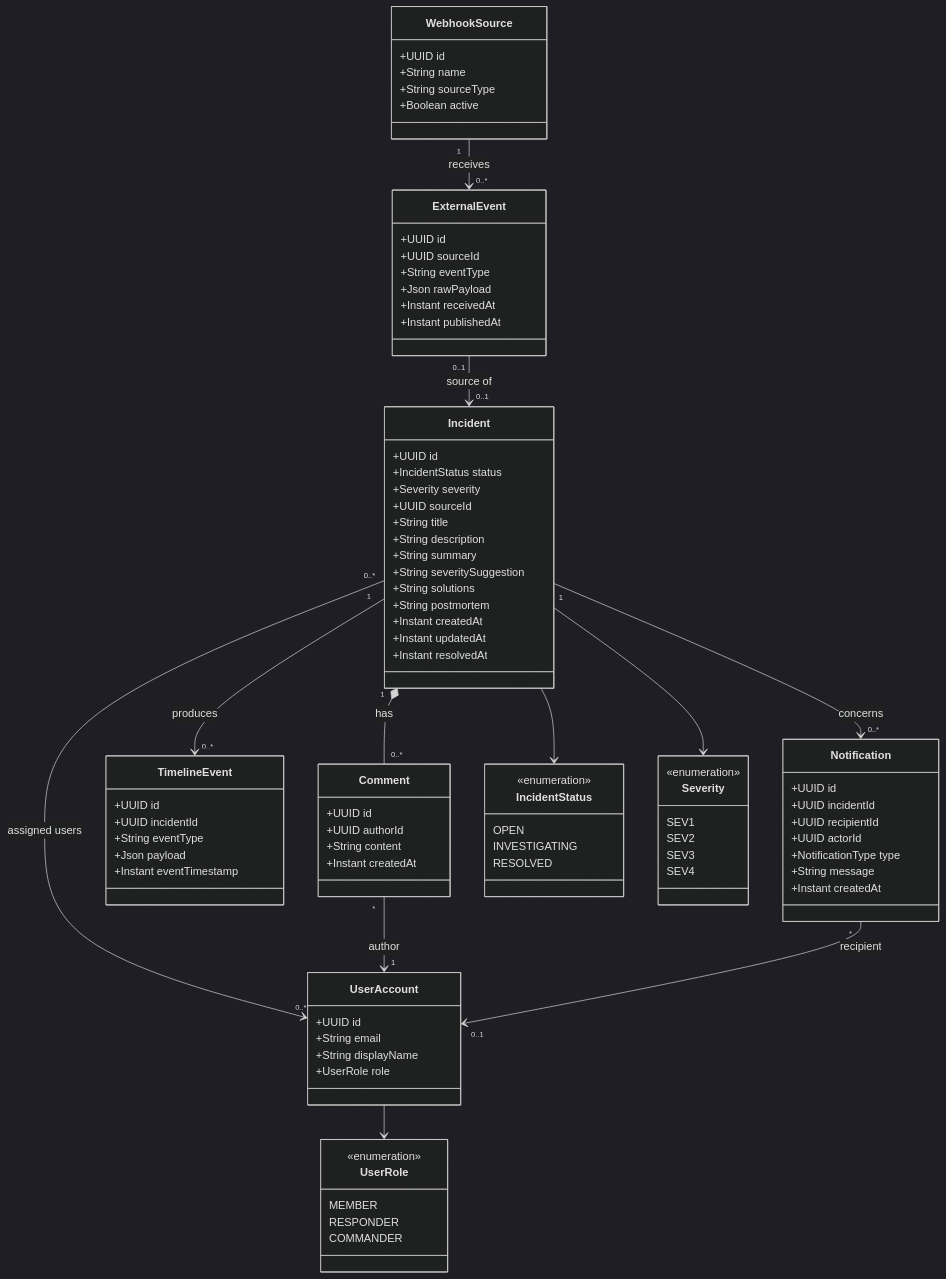
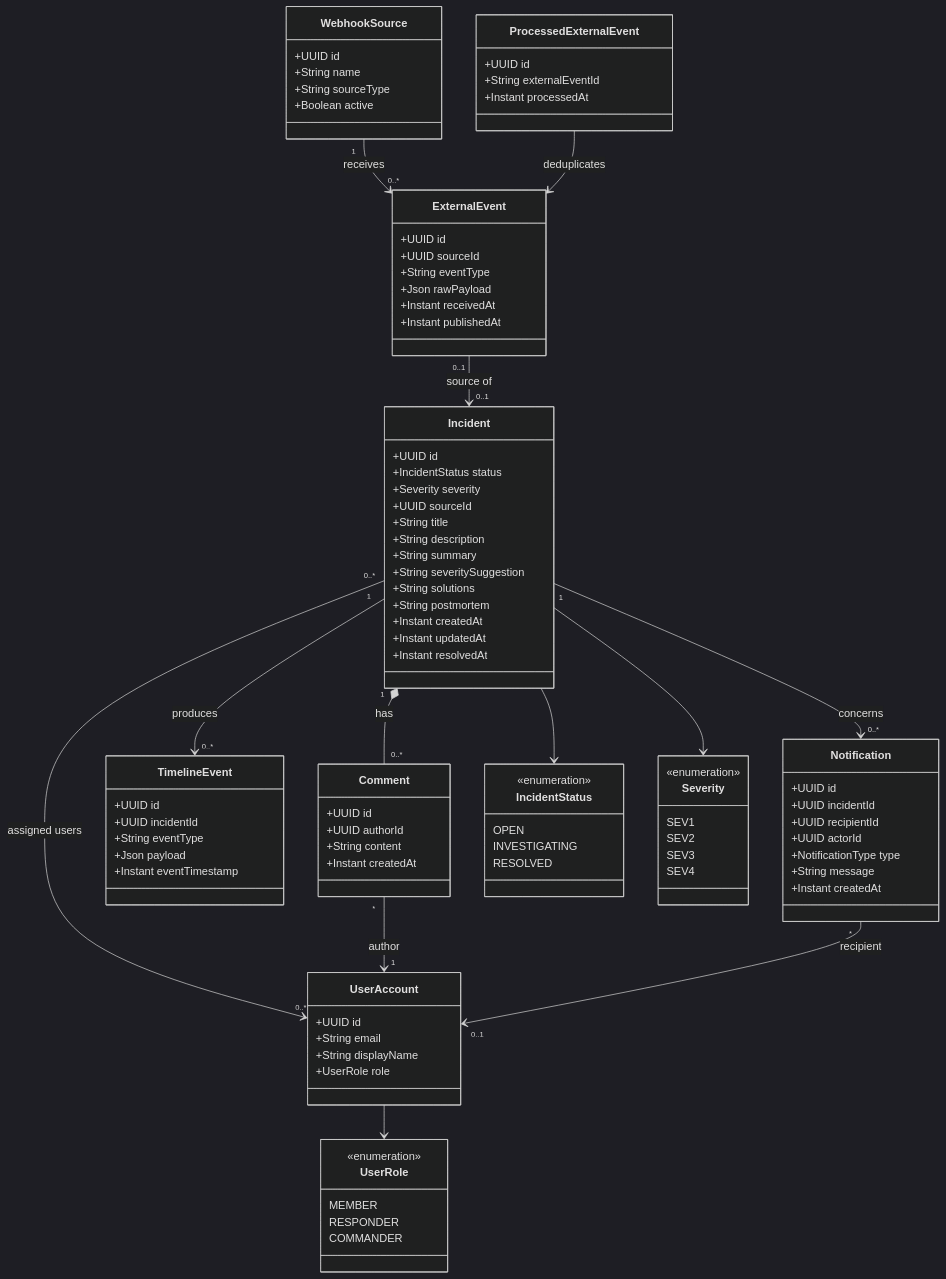
Before and after one commit to AET-DevOps26/team-panic-at-the-console: the diagram in docs/deliverables/2026-05-08-uml-diagrams/analysis_object_model.md, drawn with Mermaid (dark theme). The commit also changed other lines of this file and 12 other files, not shown here.

```diff
--- a/docs/deliverables/2026-05-08-uml-diagrams/analysis_object_model.md
+++ b/docs/deliverables/2026-05-08-uml-diagrams/analysis_object_model.md
@@ -59,6 +59,12 @@
         +Instant publishedAt
     }
 
+    class ProcessedExternalEvent {
+        +UUID id
+        +String externalEventId
+        +Instant processedAt
+    }
+
     class WebhookSource {
         +UUID id
         +String name
@@ -96,6 +102,7 @@
     Notification "*" --> "0..1" UserAccount : recipient
     WebhookSource "1" --> "0..*" ExternalEvent : receives
     ExternalEvent "0..1" --> "0..1" Incident : source of
+    ProcessedExternalEvent --> ExternalEvent : deduplicates
     Incident --> IncidentStatus
     Incident --> Severity
     UserAccount --> UserRole
```
